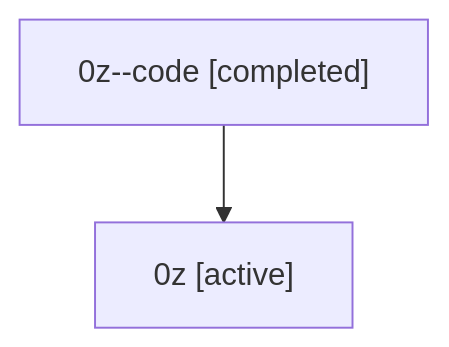
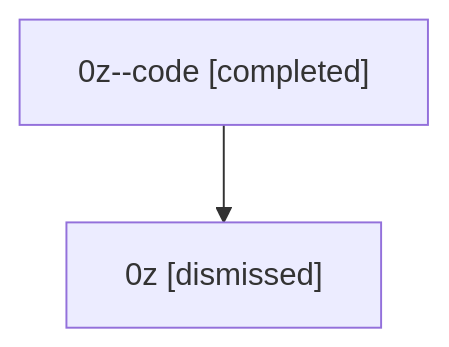
One commit to sase-org/sase--agents changed the diagram in sessions/bbugyi200.athena.0z.md. Above: the diagram before and after it, drawn with Mermaid. The commit also changed other lines of this file and 35 other files, not shown here.

````diff
--- a/sessions/bbugyi200.athena.0z.md
+++ b/sessions/bbugyi200.athena.0z.md
@@ -9,6 +9,6 @@
 ```mermaid
 flowchart TD
   n0["0z--code [completed]"]
-  n1["0z [active]"]
+  n1["0z [dismissed]"]
   n0 --> n1
 ```
````
